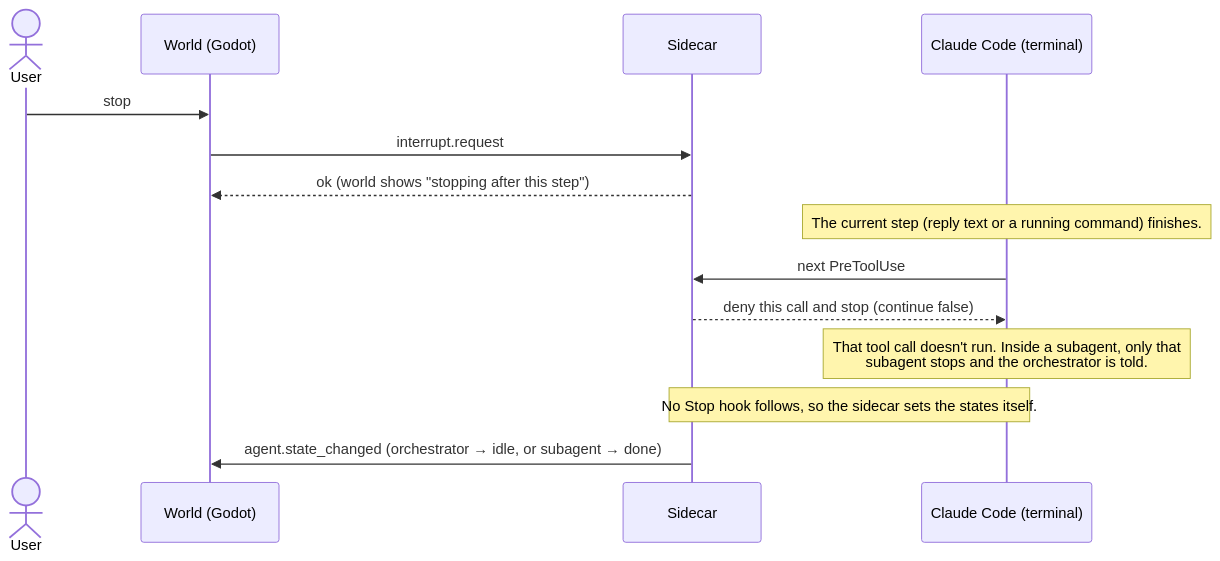
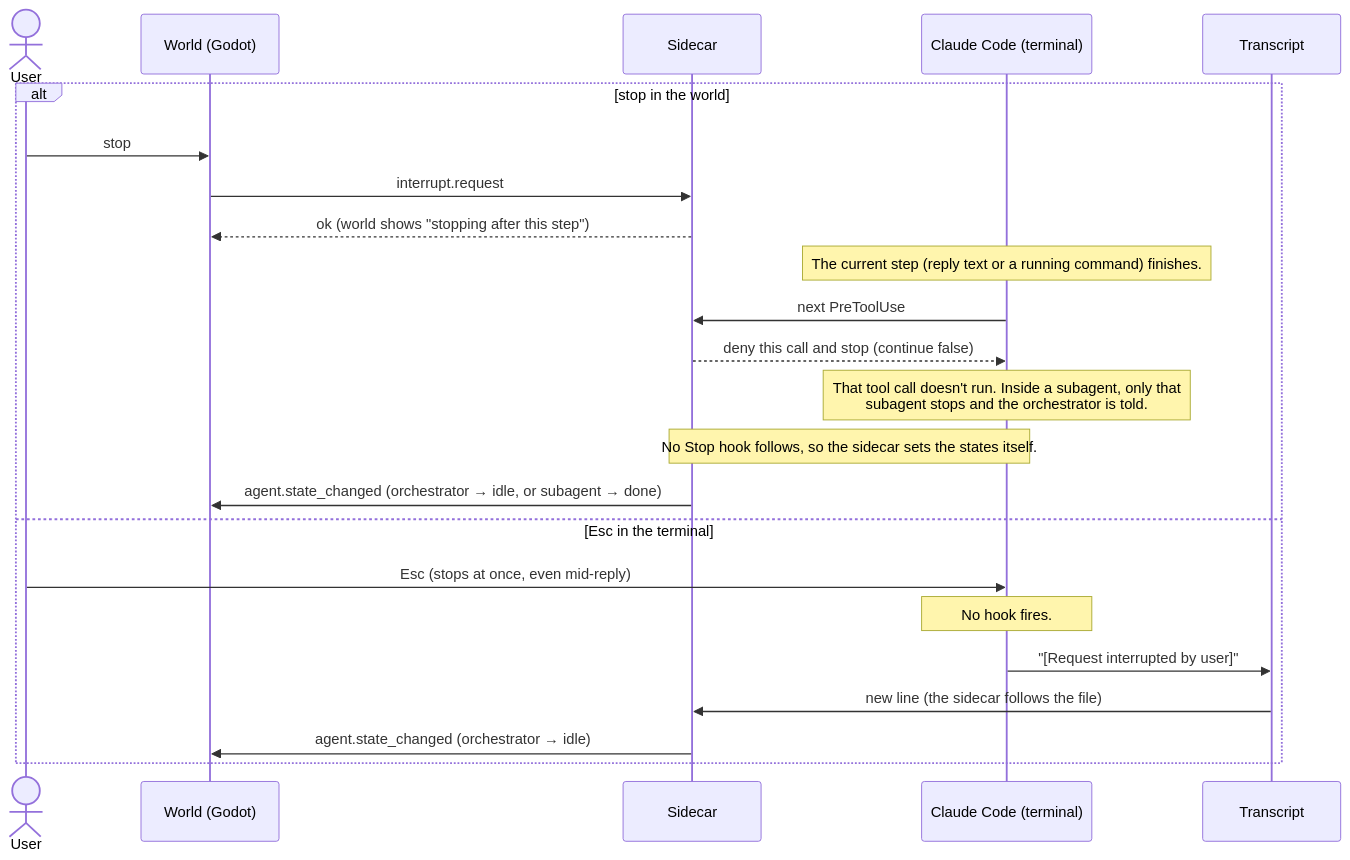
Before and after one commit to PaoloPortugal/The-Beach: the sixth of 7 diagrams in docs/flows.md, drawn with Mermaid. The commit also changed other lines of this file and 4 other files, not shown here.

````diff
--- a/docs/flows.md
+++ b/docs/flows.md
@@ -195,17 +211,26 @@
 ```mermaid
 sequenceDiagram
     actor User
     participant World as World (Godot)
     participant Sidecar
     participant Claude as Claude Code (terminal)
+    participant Log as Transcript
 
-    User->>World: stop
-    World->>Sidecar: interrupt.request
-    Sidecar-->>World: ok (world shows "stopping after this step")
-    Note over Claude: The current step (reply text or a running command) finishes.
-    Claude->>Sidecar: next PreToolUse
-    Sidecar-->>Claude: deny this call and stop (continue false)
-    Note over Claude: That tool call doesn't run. Inside a subagent, only that<br/>subagent stops and the orchestrator is told.
-    Note over Claude,Sidecar: No Stop hook follows, so the sidecar sets the states itself.
-    Sidecar->>World: agent.state_changed (orchestrator → idle, or subagent → done)
+    alt stop in the world
+        User->>World: stop
+        World->>Sidecar: interrupt.request
+        Sidecar-->>World: ok (world shows "stopping after this step")
+        Note over Claude: The current step (reply text or a running command) finishes.
+        Claude->>Sidecar: next PreToolUse
+        Sidecar-->>Claude: deny this call and stop (continue false)
+        Note over Claude: That tool call doesn't run. Inside a subagent, only that<br/>subagent stops and the orchestrator is told.
+        Note over Claude,Sidecar: No Stop hook follows, so the sidecar sets the states itself.
+        Sidecar->>World: agent.state_changed (orchestrator → idle, or subagent → done)
+    else Esc in the terminal
+        User->>Claude: Esc (stops at once, even mid-reply)
+        Note over Claude: No hook fires.
+        Claude->>Log: "[Request interrupted by user]"
+        Log->>Sidecar: new line (the sidecar follows the file)
+        Sidecar->>World: agent.state_changed (orchestrator → idle)
+    end
 ```
````
